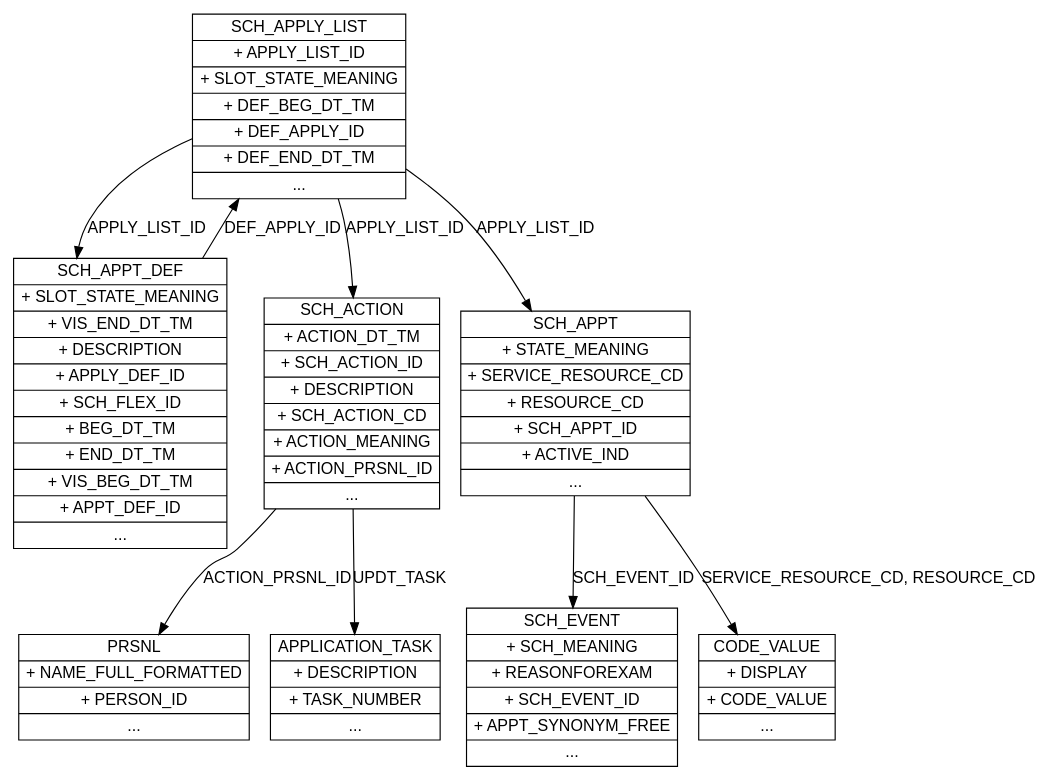
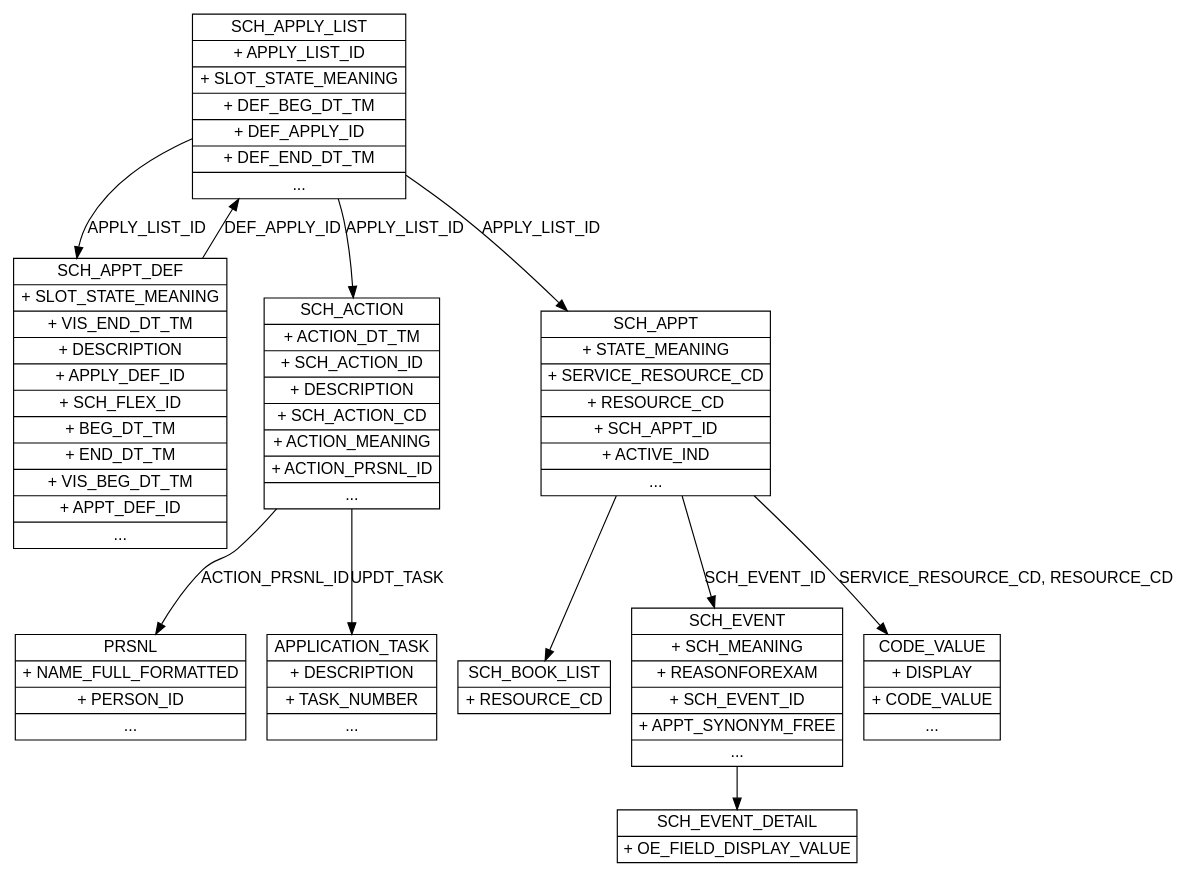
One commit to GabeSchaffer/LiveData-queries changed the diagram in dot/Slots-Query.dot. Above: the diagram before and after it, drawn with Graphviz.

Commit message:
Add `SCH_EVENT_DETAIL` and `SCH_BOOK_LIST`

```diff
--- a/dot/Slots-Query.dot
+++ b/dot/Slots-Query.dot
@@ -1,23 +1,27 @@
 digraph ERD {
     node [shape=record, fontname = "Arial"];
     graph [fontname = "Arial"];
     edge [fontname = "Arial"];
 
     SCH_APPLY_LIST [label="{SCH_APPLY_LIST|+ APPLY_LIST_ID|+ SLOT_STATE_MEANING|+ DEF_BEG_DT_TM|+ DEF_APPLY_ID|+ DEF_END_DT_TM|...}"];
     SCH_APPT_DEF [label="{SCH_APPT_DEF|+ SLOT_STATE_MEANING|+ VIS_END_DT_TM|+ DESCRIPTION|+ APPLY_DEF_ID|+ SCH_FLEX_ID|+ BEG_DT_TM|+ END_DT_TM|+ VIS_BEG_DT_TM|+ APPT_DEF_ID|...}"];
     SCH_ACTION [label="{SCH_ACTION|+ ACTION_DT_TM|+ SCH_ACTION_ID|+ DESCRIPTION|+ SCH_ACTION_CD|+ ACTION_MEANING|+ ACTION_PRSNL_ID|...}"];
     SCH_APPT [label="{SCH_APPT|+ STATE_MEANING|+ SERVICE_RESOURCE_CD|+ RESOURCE_CD|+ SCH_APPT_ID|+ ACTIVE_IND|...}"];
+    SCH_BOOK_LIST [label="{SCH_BOOK_LIST|+ RESOURCE_CD}"];
     SCH_EVENT [label="{SCH_EVENT|+ SCH_MEANING|+ REASONFOREXAM|+ SCH_EVENT_ID|+ APPT_SYNONYM_FREE|...}"];
+    SCH_EVENT_DETAIL [label="{SCH_EVENT_DETAIL|+ OE_FIELD_DISPLAY_VALUE}"];
     PRSNL [label="{PRSNL|+ NAME_FULL_FORMATTED|+ PERSON_ID|...}"];
     APPLICATION_TASK [label="{APPLICATION_TASK|+ DESCRIPTION|+ TASK_NUMBER|...}"];
     CODE_VALUE [label="{CODE_VALUE|+ DISPLAY|+ CODE_VALUE|...}"];
 
     SCH_APPLY_LIST -> SCH_APPT_DEF [label="APPLY_LIST_ID"];
     SCH_APPLY_LIST -> SCH_ACTION [label="APPLY_LIST_ID"];
     SCH_APPLY_LIST -> SCH_APPT [label="APPLY_LIST_ID"];
     SCH_APPT_DEF -> SCH_APPLY_LIST [label="DEF_APPLY_ID"];
     SCH_ACTION -> APPLICATION_TASK [label="UPDT_TASK"];
     SCH_ACTION -> PRSNL [label="ACTION_PRSNL_ID"];
     SCH_APPT -> SCH_EVENT [label="SCH_EVENT_ID"];
+    SCH_EVENT -> SCH_EVENT_DETAIL;
+    SCH_APPT -> SCH_BOOK_LIST;
     SCH_APPT -> CODE_VALUE [label="SERVICE_RESOURCE_CD, RESOURCE_CD"];
 }
```
